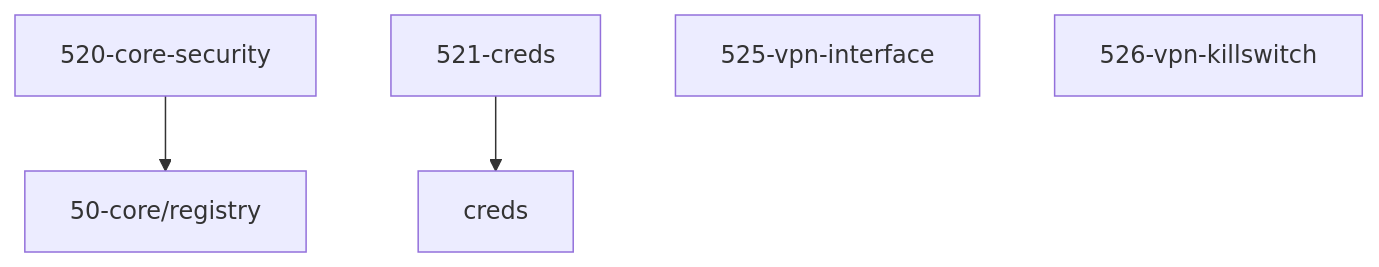
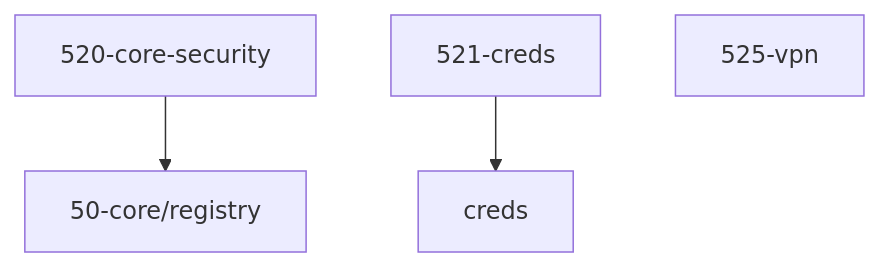
The diagram in 52-security/AGENTS.md (grapefruit89/mediNix-core), drawn with Mermaid before and after one commit. The commit also changed other lines of this file and 19 other files, not shown here.

````diff
--- a/52-security/AGENTS.md
+++ b/52-security/AGENTS.md
@@ -30,8 +29,7 @@
 ```mermaid
 graph TD
   520_core_security["520-core-security"] --> registry["50-core/registry"]
   521_creds["521-creds"] --> creds["52-security/creds"]
-  525_vpn_interface["525-vpn-interface"]
-  526_vpn_killswitch["526-vpn-killswitch"]
+  525_vpn["525-vpn"]
   creds["creds"]
 ```
````
